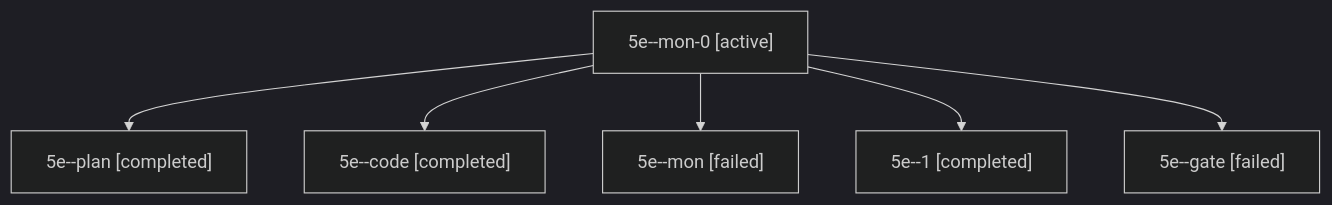
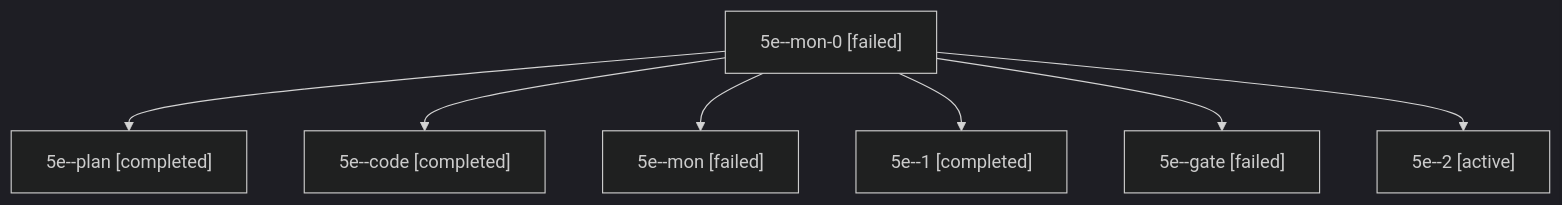
The diagram in sessions/bbugyi200.apollo.5e.md (bobs-org/bob-cli--agents), drawn with Mermaid (dark theme) before and after one commit. The commit also changed other lines of this file and 17 other files, not shown here.

````diff
--- a/sessions/bbugyi200.apollo.5e.md
+++ b/sessions/bbugyi200.apollo.5e.md
@@ -9,14 +9,16 @@
 ```mermaid
 flowchart TD
-  n0["5e--mon-0 [active]"]
+  n0["5e--mon-0 [failed]"]
   n1["5e--plan [completed]"]
   n0 --> n1
   n2["5e--code [completed]"]
   n0 --> n2
   n3["5e--mon [failed]"]
   n0 --> n3
   n4["5e--1 [completed]"]
   n0 --> n4
   n5["5e--gate [failed]"]
   n0 --> n5
+  n6["5e--2 [active]"]
+  n0 --> n6
 ```
````
